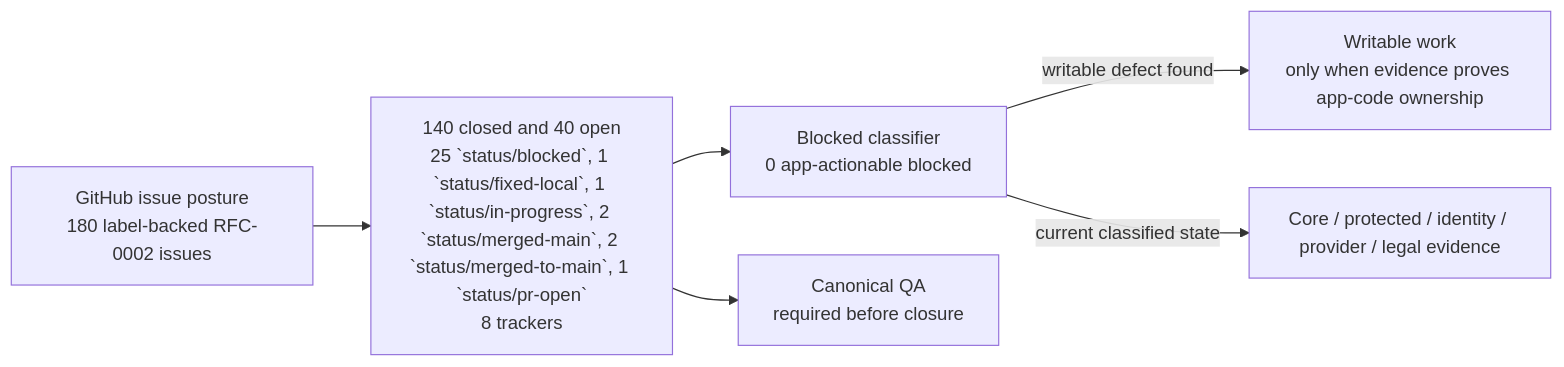
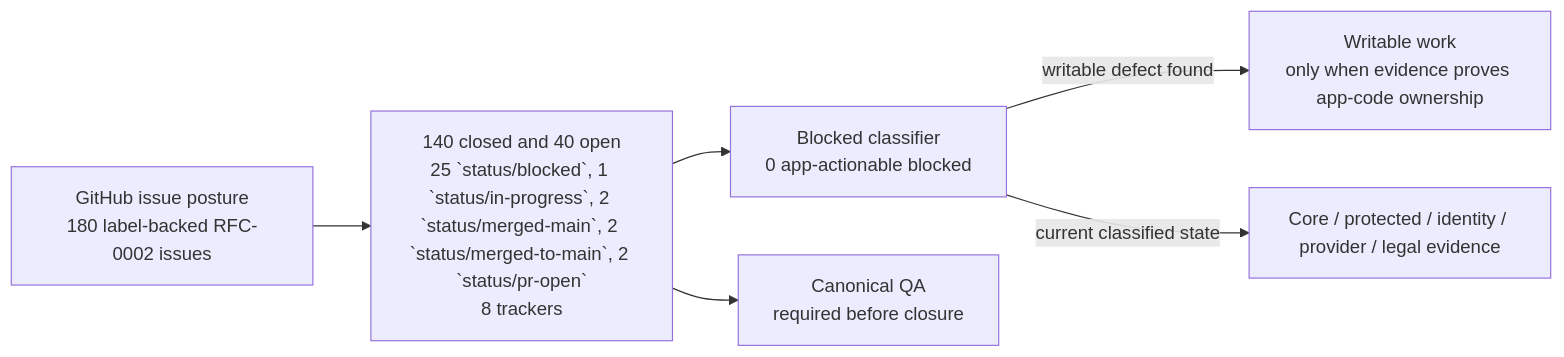
Before and after one commit to sgajbi/lotus-idea: the first of 2 diagrams in wiki/RFC-0002-Execution-Status.md, drawn with Mermaid. The commit also changed other lines of this file and 7 other files, not shown here.

````diff
--- a/wiki/RFC-0002-Execution-Status.md
+++ b/wiki/RFC-0002-Execution-Status.md
@@ -39,15 +39,15 @@
 ```mermaid
 flowchart LR
     Issues["GitHub issue posture<br/>180 label-backed RFC-0002 issues"]
-    Open["140 closed and 40 open<br/>25 `status/blocked`, 1 `status/fixed-local`, 1 `status/in-progress`, 2 `status/merged-main`, 2 `status/merged-to-main`, 1 `status/pr-open`<br/>8 trackers"]
+    Open["140 closed and 40 open<br/>25 `status/blocked`, 1 `status/in-progress`, 2 `status/merged-main`, 2 `status/merged-to-main`, 2 `status/pr-open`<br/>8 trackers"]
     Blocked["Blocked classifier<br/>0 app-actionable blocked"]
     Work["Writable work<br/>only when evidence proves app-code ownership"]
     External["Core / protected / identity / provider / legal evidence"]
     QA["Canonical QA<br/>required before closure"]
 
     Issues --> Open
     Open --> Blocked
     Blocked -->|"writable defect found"| Work
     Blocked -->|"current classified state"| External
     Open --> QA
 ```
````
